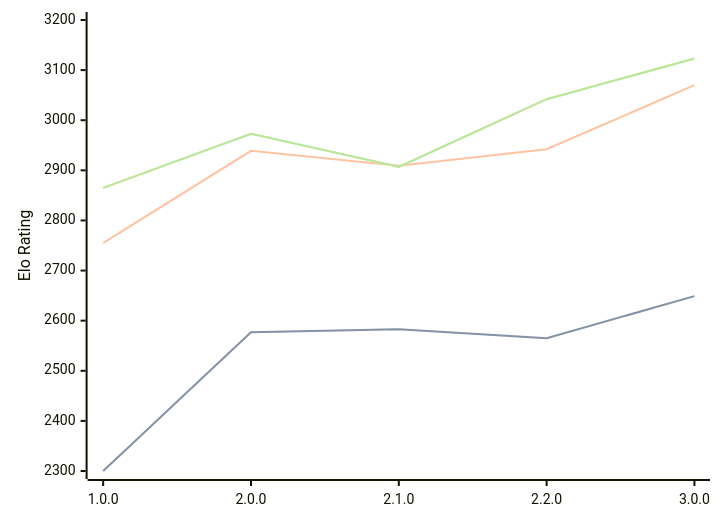
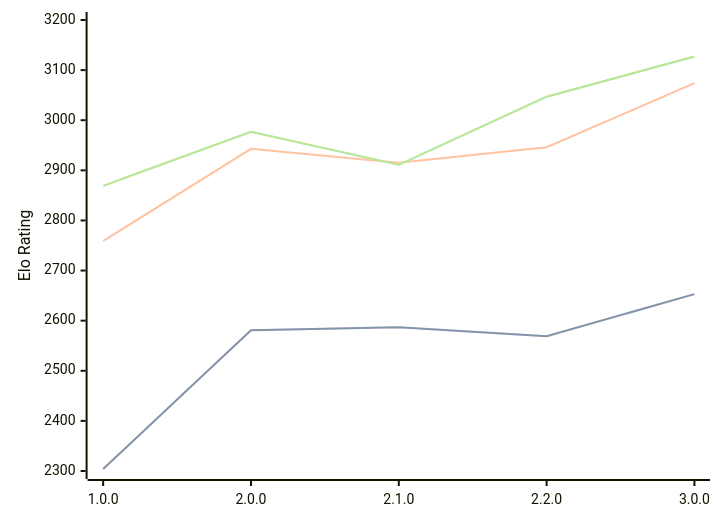
Before and after one commit to computer-chess-index/cci: the diagram in engines/Catalyst.md, drawn with Mermaid. The commit also changed other lines of this file, not shown here.

Commit message:
Update CCI Ratings (ELO VLTC) - 2026-08-18

````diff
--- a/engines/Catalyst.md
+++ b/engines/Catalyst.md
@@ -36,11 +36,11 @@
 ```mermaid
 %%{init: {"theme":"base","themeVariables":{"seriesColors:['#a3a3a3','#222221','#faa371']}}}%%
 xychart-beta
   x-axis ["1.0.0", "2.0.0", "2.1.0", "2.2.0", "3.0.0"]
   y-axis "Elo Rating" 2300 --> 3200
-  line "STC (8.0+0.08s)" [2300, 2577, 2583, 2565, 2649]
-  line "STC (8.0+0.08s)" [2300, 2577, 2583, 2565, 2649]
-  line "LTC (60.0+0.60s)" [2755, 2939, 2909, 2942, 3070]
-  line "VLTC (2m24s+1.12s)" [2865, 2973, 2907, 3042, 3123]
-  line "VLTC (2m24s+1.12s)" [2865, 2973, 2907, 3042, 3123]
+  line "STC (8.0+0.08s)" [2304, 2581, 2587, 2569, 2653]
+  line "STC (8.0+0.08s)" [2304, 2581, 2587, 2569, 2653]
+  line "LTC (60.0+0.60s)" [2759, 2943, 2915, 2946, 3074]
+  line "VLTC (2m24s+1.12s)" [2869, 2977, 2911, 3047, 3127]
+  line "VLTC (2m24s+1.12s)" [2869, 2977, 2911, 3047, 3127]
 ```
````
